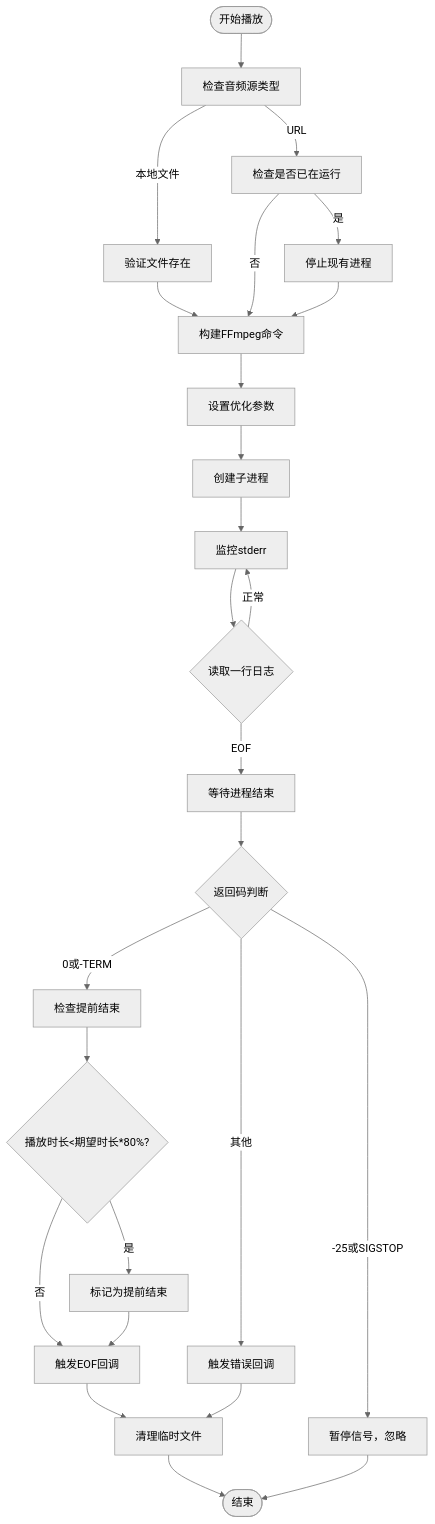
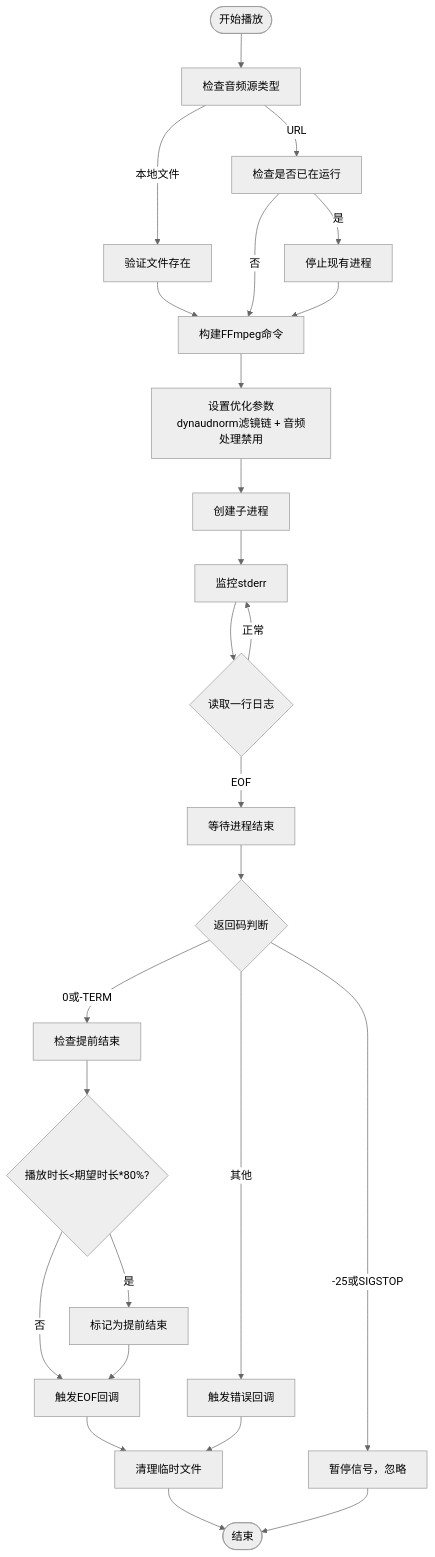
The sixth of 12 diagrams in .qoder/repowiki/zh/content/音乐播放系统/音乐播放系统.md (GhoulOwl/Teamspeak3_Bot), drawn with Mermaid (neutral theme) before and after one commit. The commit also changed other lines of this file and 13 other files, not shown here.

````diff
--- a/.qoder/repowiki/zh/content/音乐播放系统/音乐播放系统.md
+++ b/.qoder/repowiki/zh/content/音乐播放系统/音乐播放系统.md
@@ -269,28 +445,28 @@
 ```mermaid
 flowchart TD
 Start(["开始播放"]) --> CheckSource["检查音频源类型"]
 CheckSource --> |URL| CheckRunning["检查是否已在运行"]
 CheckSource --> |本地文件| CheckFile["验证文件存在"]
 CheckFile --> BuildCmd["构建FFmpeg命令"]
 CheckRunning --> |是| StopProc["停止现有进程"]
 CheckRunning --> |否| BuildCmd
 StopProc --> BuildCmd
-BuildCmd --> SetParams["设置优化参数"]
+BuildCmd --> SetParams["设置优化参数<br/>dynaudnorm滤镜链 + 音频处理禁用"]
 SetParams --> Spawn["创建子进程"]
 Spawn --> Monitor["监控stderr"]
 Monitor --> Line{"读取一行日志"}
 Line --> |正常| Monitor
 Line --> |EOF| ExitCode["等待进程结束"]
 ExitCode --> RC{"返回码判断"}
 RC --> |0或-TERM| CheckPremature["检查提前结束"]
 RC --> |-25或SIGSTOP| Pause["暂停信号，忽略"]
 RC --> |其他| Error["触发错误回调"]
 CheckPremature --> Premature{"播放时长<期望时长*80%?"}
 Premature --> |是| EarlyExit["标记为提前结束"]
 Premature --> |否| EOF["触发EOF回调"]
 EarlyExit --> EOF
 EOF --> Cleanup["清理临时文件"]
 Cleanup --> End(["结束"])
 Error --> Cleanup
 Pause --> End
 ```
````
